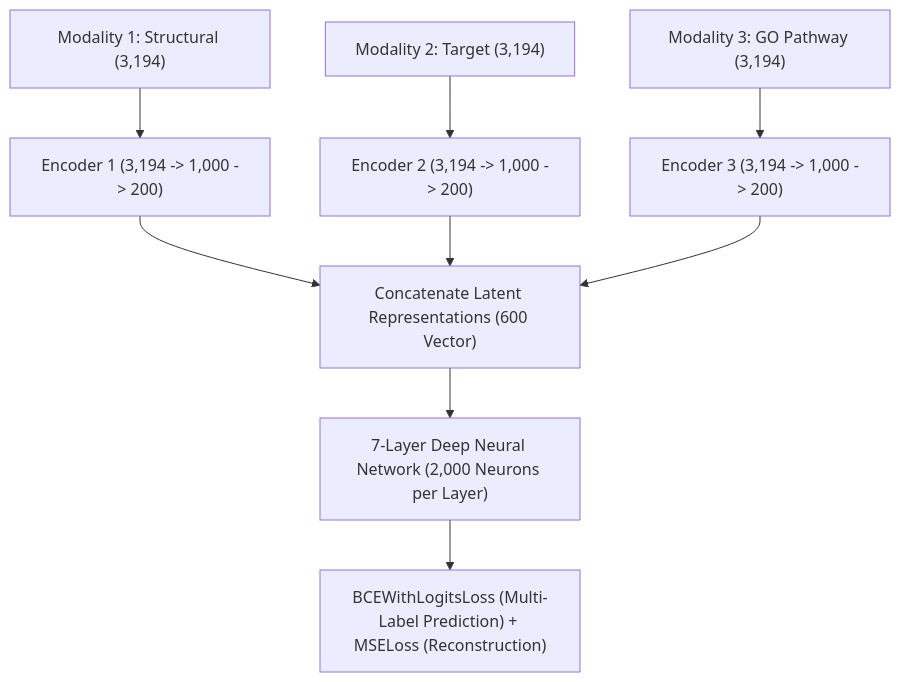
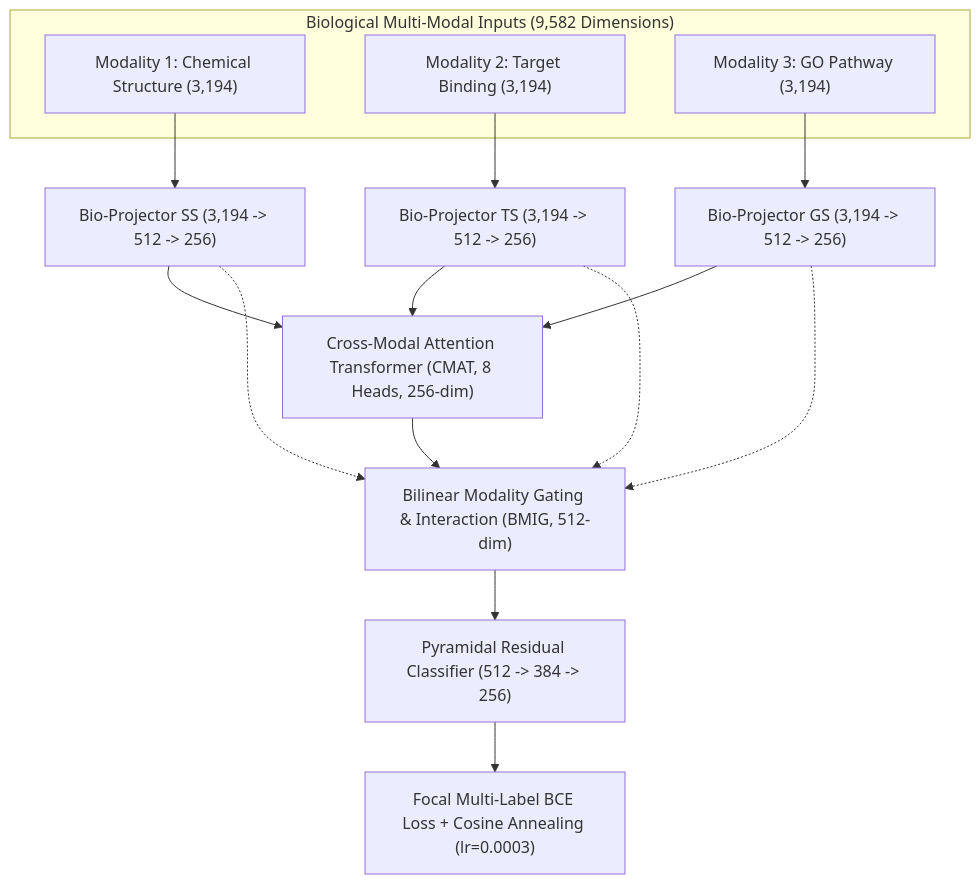
Before and after one commit to AryanGusain-dev/MediLink-AI: the second of 3 diagrams in TECHNICAL_ARCHITECTURE_AND_KNOWLEDGE.md, drawn with Mermaid. The commit also changed other lines of this file and 41 other files, not shown here.

Commit message:
feat(ddi): implement MediLink-BioFusion transformer, dual-stream XAI suite, specifications and comprehensive comparative benchmarks

````diff
--- a/TECHNICAL_ARCHITECTURE_AND_KNOWLEDGE.md
+++ b/TECHNICAL_ARCHITECTURE_AND_KNOWLEDGE.md
@@ -104,13 +109,24 @@
 ```mermaid
 flowchart TD
-    Sub1["Modality 1: Structural (3,194)"] --> Encoder1["Encoder 1 (3,194 -> 1,000 -> 200)"]
-    Sub2["Modality 2: Target (3,194)"] --> Encoder2["Encoder 2 (3,194 -> 1,000 -> 200)"]
-    Sub3["Modality 3: GO Pathway (3,194)"] --> Encoder3["Encoder 3 (3,194 -> 1,000 -> 200)"]
-    
-    Encoder1 --> Concat["Concatenate Latent Representations (600 Vector)"]
-    Encoder2 --> Concat
-    Encoder3 --> Concat
+    subgraph InputProfiles["Biological Multi-Modal Inputs (9,582 Dimensions)"]
+        Sub1["Modality 1: Chemical Structure (3,194)"]
+        Sub2["Modality 2: Target Binding (3,194)"]
+        Sub3["Modality 3: GO Pathway (3,194)"]
+    end
 
-    Concat --> DNN["7-Layer Deep Neural Network (2,000 Neurons per Layer)"]
-    DNN --> Loss["BCEWithLogitsLoss (Multi-Label Prediction) + MSELoss (Reconstruction)"]
+    Sub1 --> Proj1["Bio-Projector SS (3,194 -> 512 -> 256)"]
+    Sub2 --> Proj2["Bio-Projector TS (3,194 -> 512 -> 256)"]
+    Sub3 --> Proj3["Bio-Projector GS (3,194 -> 512 -> 256)"]
+
+    Proj1 --> CMAT["Cross-Modal Attention Transformer (CMAT, 8 Heads, 256-dim)"]
+    Proj2 --> CMAT
+    Proj3 --> CMAT
+
+    CMAT --> BMIG["Bilinear Modality Gating & Interaction (BMIG, 512-dim)"]
+    Proj1 -.-> BMIG
+    Proj2 -.-> BMIG
+    Proj3 -.-> BMIG
+
+    BMIG --> ResHead["Pyramidal Residual Classifier (512 -> 384 -> 256)"]
+    ResHead --> Loss["Focal Multi-Label BCE Loss + Cosine Annealing (lr=0.0003)"]
 ```
````
